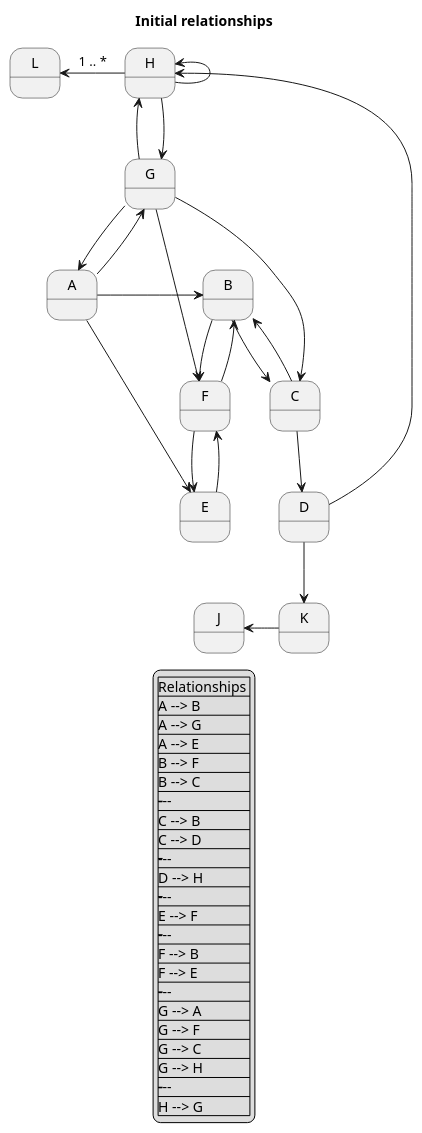
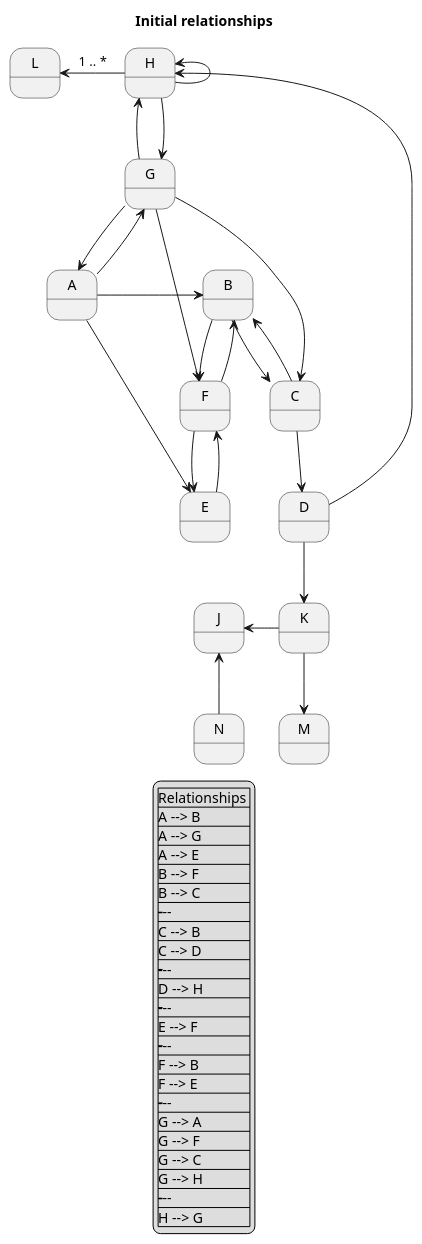
The diagram in doc/init.puml (jorgwel/structure-collector), drawn with PlantUML before and after one commit. The commit also changed 11 other files, not shown here.

```diff
--- a/doc/init.puml
+++ b/doc/init.puml
@@ -1,73 +1,78 @@
 @startuml
 
 	title Initial relationships
 
 	state A
 	state B
 	state C
 	state D
 	state E
 	state F
 	state G
 	state H
 	state J
 	state K
 	state L
+	state M
+	state N
 
 	A -right-> B
 	A -down-> G
 	A -down-> E
 
 	B -right-> F
 	B -down-> C
 	
 	C --> B
 	C -down-> D
 	
 	D -down-> H
 	D -down-> K
 
+	N -up-> J
+
 	K -left-> J
+	K -down-> M
 
 	E --> F
 
 
 	F --> B
 	F --> E
 
 	G --> A
 	G --> F
 	G -right-> C
 	G -left-> H
 
 	H --> G
 	H -up-> H
 
 	H -left-> L : 1 .. *
 
  legend
  |Relationships |
 |A --> B|
 |A --> G|
 |A --> E|
 |B --> F|
 |B --> C|
 |-------|
 |C --> B|
 |C --> D|
 |-------|
 |D --> H|
 |-------|
 |E --> F|
 |-------|
 |F --> B|
 |F --> E|
 |-------|
 |G --> A|
 |G --> F|
 |G --> C|
 |G --> H|
 |-------|
 |H --> G|
  endlegend	
 @enduml
```
